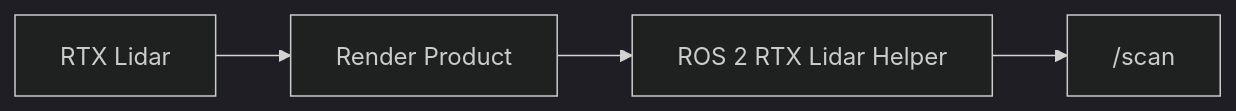
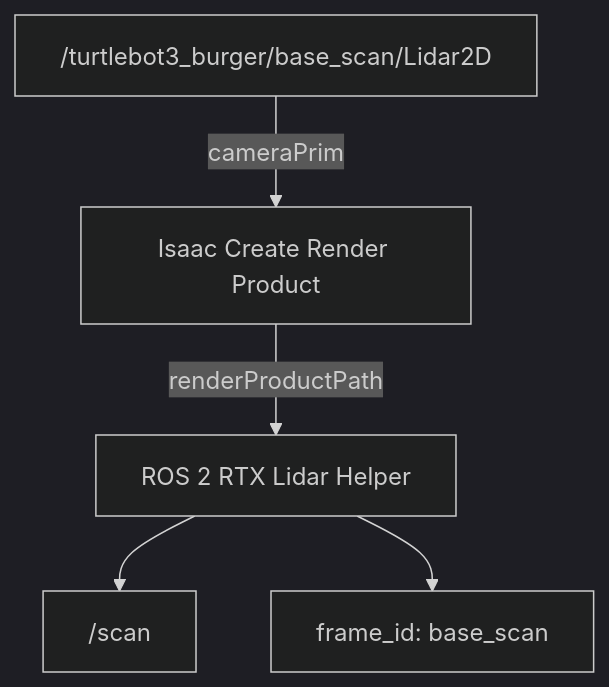
Before and after one commit to Tatwik19/Tatwik19.github.io: the eighth of 13 diagrams in _teaching/Robotics-Systems-I/labs/lab-03-isaac-sim/index.md, drawn with Mermaid (dark theme). The commit also changed other lines of this file, not shown here.

First line of the commit message:
Enhance lab-03 Isaac Sim instructions

````diff
--- a/_teaching/Robotics-Systems-I/labs/lab-03-isaac-sim/index.md
+++ b/_teaching/Robotics-Systems-I/labs/lab-03-isaac-sim/index.md
@@ -1434,11 +1809,13 @@
 ```mermaid
-flowchart LR
-    Lidar["RTX Lidar"]
-    Render["Render Product"]
+flowchart TD
+    Sensor["/turtlebot3_burger/base_scan/Lidar2D"]
+    Product["Isaac Create Render Product"]
     Helper["ROS 2 RTX Lidar Helper"]
-    Scan["/scan"]
+    Topic["/scan"]
+    Frame["frame_id: base_scan"]
 
-    Lidar --> Render
-    Render --> Helper
-    Helper --> Scan
+    Sensor -->|"cameraPrim"| Product
+    Product -->|"renderProductPath"| Helper
+    Helper --> Topic
+    Helper --> Frame
 ```
````
